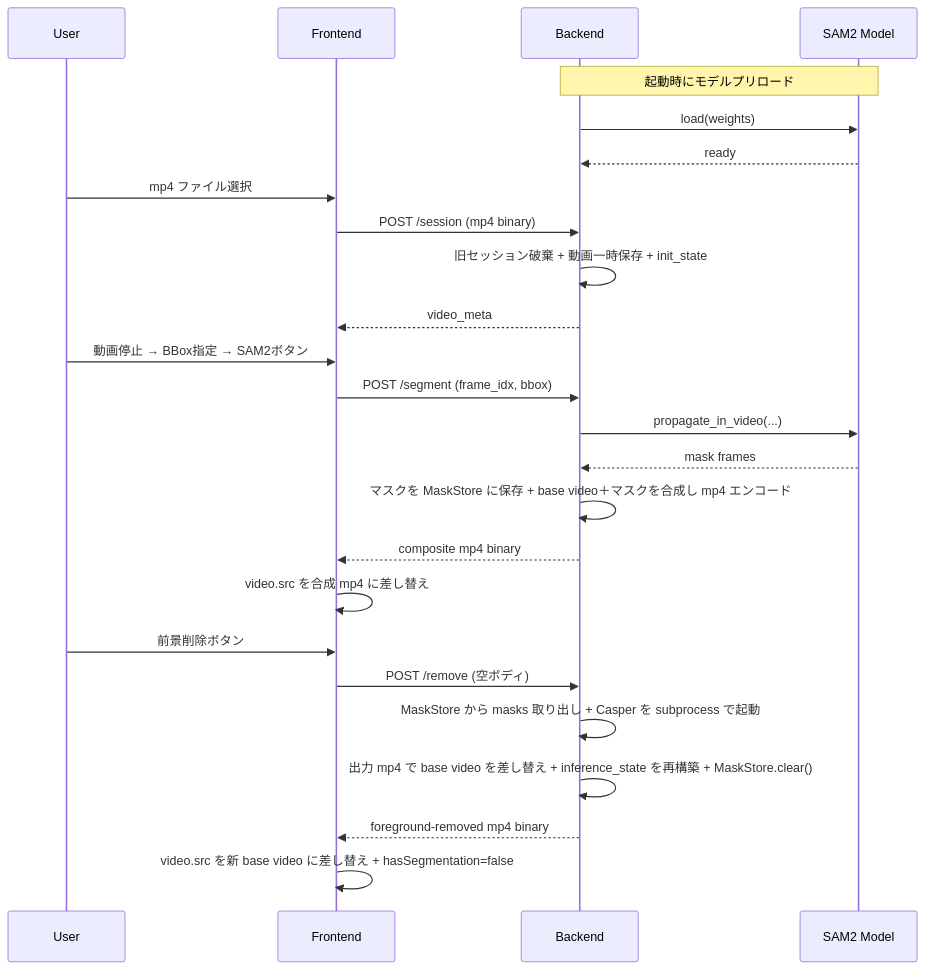
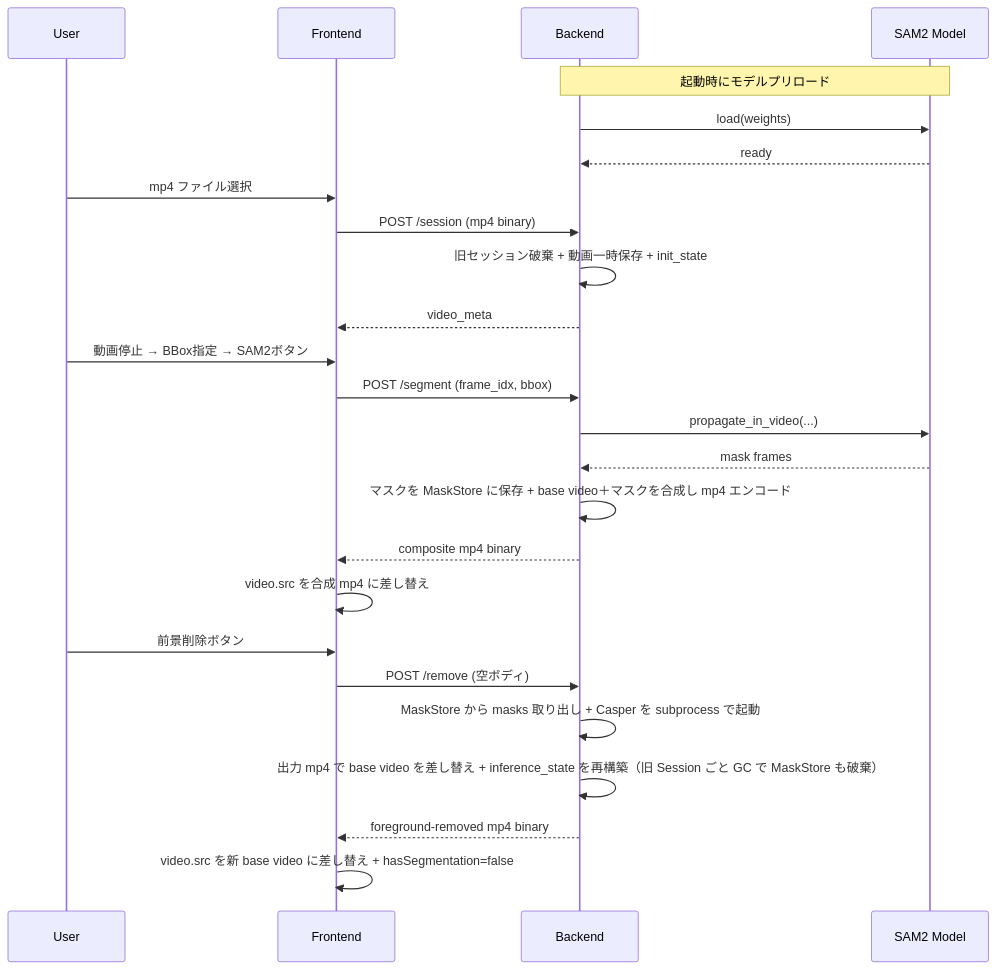
The second of 2 diagrams in docs/spec/02-architecture.md (kanosawa/omnimatte-editor), drawn with Mermaid before and after one commit. The commit also changed 4 other files, not shown here.

````diff
--- a/docs/spec/02-architecture.md
+++ b/docs/spec/02-architecture.md
@@ -182,31 +182,31 @@
 ```mermaid
 sequenceDiagram
     participant U as User
     participant FE as Frontend
     participant BE as Backend
     participant M as SAM2 Model
 
     Note over BE,M: 起動時にモデルプリロード
     BE->>M: load(weights)
     M-->>BE: ready
 
     U->>FE: mp4 ファイル選択
     FE->>BE: POST /session (mp4 binary)
     BE->>BE: 旧セッション破棄 + 動画一時保存 + init_state
     BE-->>FE: video_meta
 
     U->>FE: 動画停止 → BBox指定 → SAM2ボタン
     FE->>BE: POST /segment (frame_idx, bbox)
     BE->>M: propagate_in_video(...)
     M-->>BE: mask frames
     BE->>BE: マスクを MaskStore に保存 + base video＋マスクを合成し mp4 エンコード
     BE-->>FE: composite mp4 binary
     FE->>FE: video.src を合成 mp4 に差し替え
 
     U->>FE: 前景削除ボタン
     FE->>BE: POST /remove (空ボディ)
     BE->>BE: MaskStore から masks 取り出し + Casper を subprocess で起動
-    BE->>BE: 出力 mp4 で base video を差し替え + inference_state を再構築 + MaskStore.clear()
+    BE->>BE: 出力 mp4 で base video を差し替え + inference_state を再構築（旧 Session ごと GC で MaskStore も破棄）
     BE-->>FE: foreground-removed mp4 binary
     FE->>FE: video.src を新 base video に差し替え + hasSegmentation=false
 ```
````
